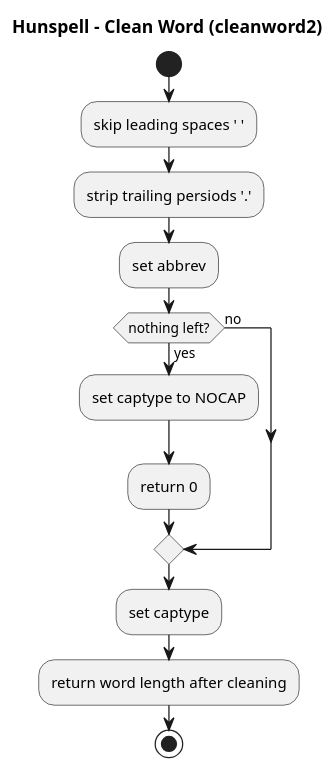
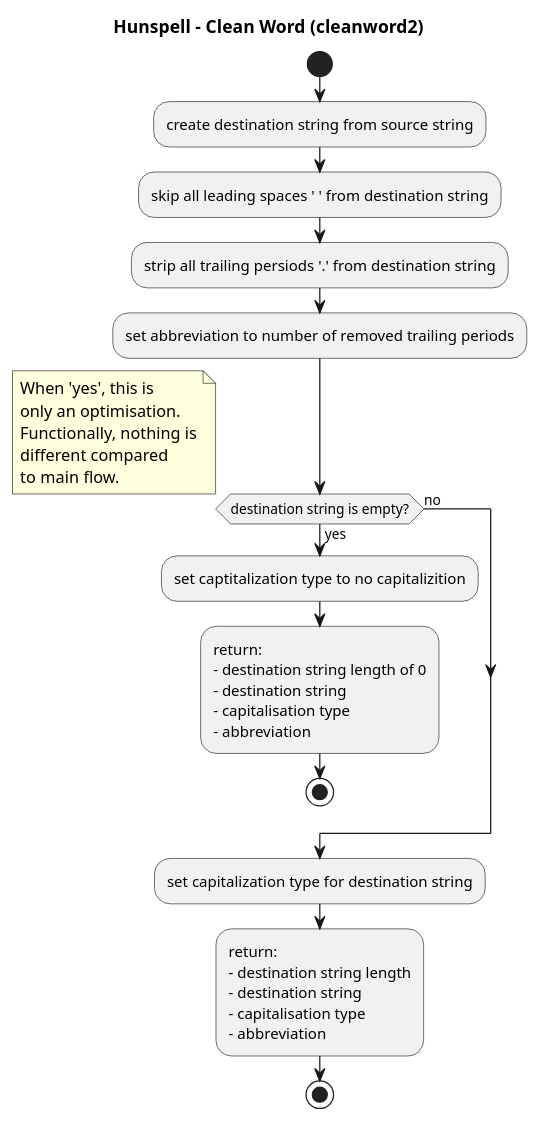
The diagram in uml/plantuml/cleanword2-activity-diagram.pu (nuspell/misc-nuspell), drawn with PlantUML before and after one commit. The commit also changed 3 other files, not shown here.

```diff
--- a/uml/plantuml/cleanword2-activity-diagram.pu
+++ b/uml/plantuml/cleanword2-activity-diagram.pu
@@ -1,18 +1,21 @@
 @startuml
 
 title Hunspell - Clean Word (cleanword2)
 
 start
-:skip leading spaces ' ';
-:strip trailing persiods '.';
-:set abbrev;
-if (nothing left?) then (yes)
-	:set captype to NOCAP;
-	:return 0;
+:create destination string from source string;
+:skip all leading spaces ' ' from destination string;
+:strip all trailing persiods '.' from destination string;
+:set abbreviation to number of removed trailing periods;
+if (destination string is empty?) then (yes)
+	:set captitalization type to no capitalizition;
+	:return:\n- destination string length of 0\n- destination string\n- capitalisation type\n- abbreviation;
+	stop
 else (no)
 endif
-:set captype;
-:return word length after cleaning;
+note left: When 'yes', this is\nonly an optimisation.\nFunctionally, nothing is\ndifferent compared\nto main flow.
+:set capitalization type for destination string;
+:return:\n- destination string length\n- destination string\n- capitalisation type\n- abbreviation;
 stop
 
 @enduml
```
